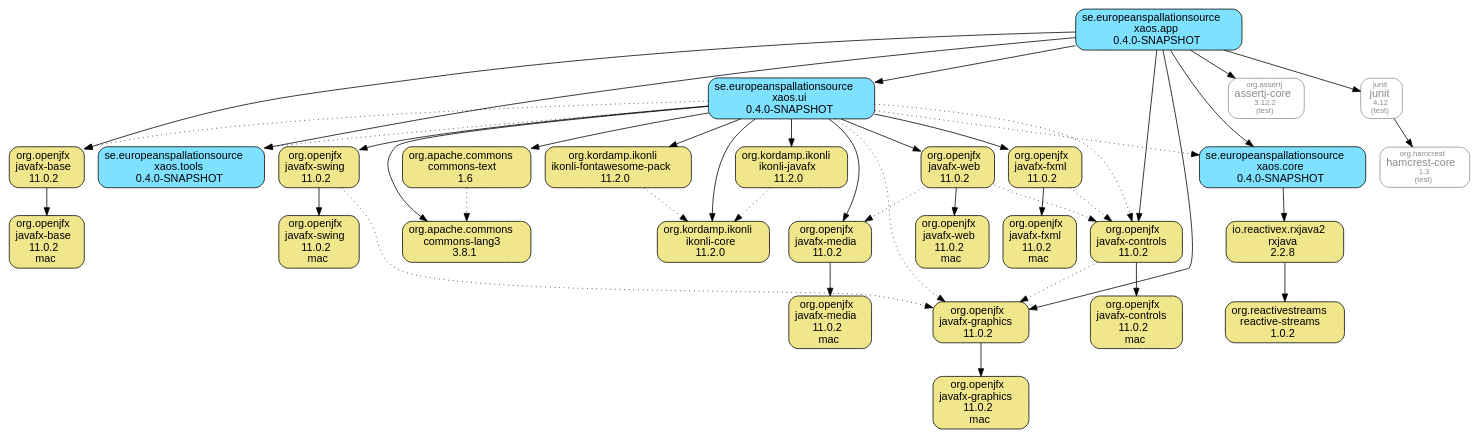
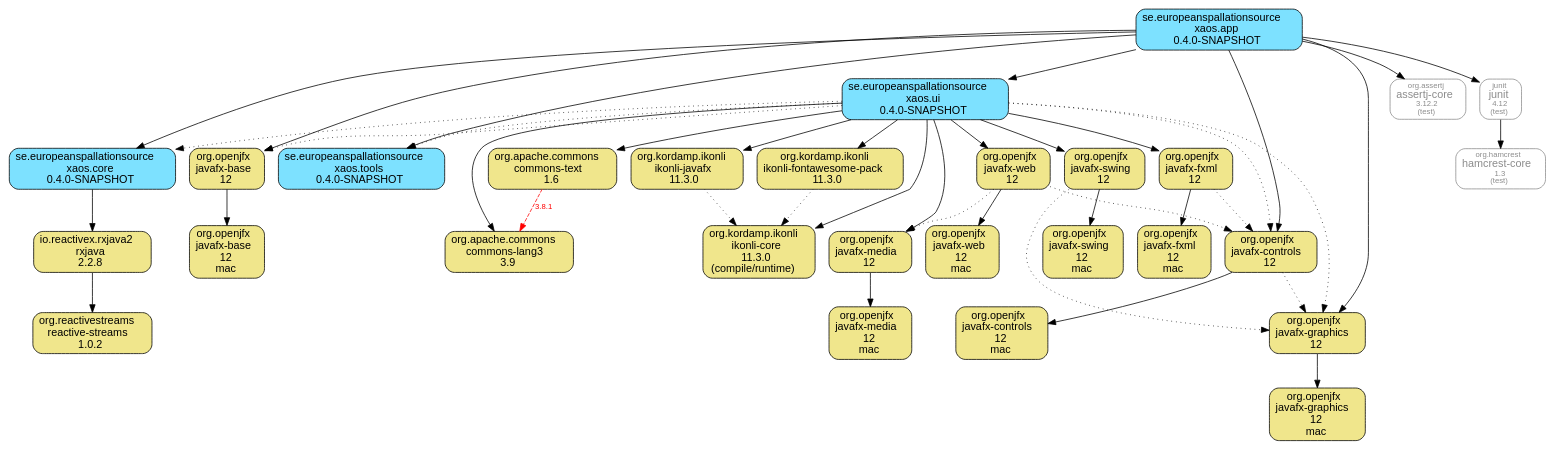
The diagram in xaos.app.module/doc/maven-dependencies.dot (ESSICS/XAOS), drawn with Graphviz before and after one commit. The commit also changed 31 other files, not shown here.

```diff
--- a/xaos.app.module/doc/maven-dependencies.dot
+++ b/xaos.app.module/doc/maven-dependencies.dot
@@ -1,76 +1,76 @@
 digraph "xaos.app" {
   node [shape="box",style="rounded",fontname="Helvetica",fontsize="14"]
   edge [fontsize="10",fontname="Helvetica"]
 
   // Node Definitions:
-  "org.openjfx:javafx-base:jar"[shape="box",style="rounded, filled",fillcolor="khaki",label=<org.openjfx<br/>javafx-base<br/>11.0.2>]
-  "org.openjfx:javafx-base:jar:mac"[shape="box",style="rounded, filled",fillcolor="khaki",label=<org.openjfx<br/>javafx-base<br/>11.0.2<br/>mac>]
+  "org.openjfx:javafx-base:jar"[shape="box",style="rounded, filled",fillcolor="khaki",label=<org.openjfx<br/>javafx-base<br/>12>]
+  "org.openjfx:javafx-base:jar:mac"[shape="box",style="rounded, filled",fillcolor="khaki",label=<org.openjfx<br/>javafx-base<br/>12<br/>mac>]
   "se.europeanspallationsource:xaos.app:jar"[shape="box",style="rounded, filled",fillcolor="#7DE1FF",label=<se.europeanspallationsource<br/>xaos.app<br/>0.4.0-SNAPSHOT>]
-  "org.openjfx:javafx-controls:jar"[shape="box",style="rounded, filled",fillcolor="khaki",label=<org.openjfx<br/>javafx-controls<br/>11.0.2>]
-  "org.openjfx:javafx-controls:jar:mac"[shape="box",style="rounded, filled",fillcolor="khaki",label=<org.openjfx<br/>javafx-controls<br/>11.0.2<br/>mac>]
-  "org.openjfx:javafx-graphics:jar"[shape="box",style="rounded, filled",fillcolor="khaki",label=<org.openjfx<br/>javafx-graphics<br/>11.0.2>]
-  "org.openjfx:javafx-graphics:jar:mac"[shape="box",style="rounded, filled",fillcolor="khaki",label=<org.openjfx<br/>javafx-graphics<br/>11.0.2<br/>mac>]
+  "org.openjfx:javafx-controls:jar"[shape="box",style="rounded, filled",fillcolor="khaki",label=<org.openjfx<br/>javafx-controls<br/>12>]
+  "org.openjfx:javafx-controls:jar:mac"[shape="box",style="rounded, filled",fillcolor="khaki",label=<org.openjfx<br/>javafx-controls<br/>12<br/>mac>]
+  "org.openjfx:javafx-graphics:jar"[shape="box",style="rounded, filled",fillcolor="khaki",label=<org.openjfx<br/>javafx-graphics<br/>12>]
+  "org.openjfx:javafx-graphics:jar:mac"[shape="box",style="rounded, filled",fillcolor="khaki",label=<org.openjfx<br/>javafx-graphics<br/>12<br/>mac>]
   "se.europeanspallationsource:xaos.tools:jar"[shape="box",style="rounded, filled",fillcolor="#7DE1FF",label=<se.europeanspallationsource<br/>xaos.tools<br/>0.4.0-SNAPSHOT>]
   "io.reactivex.rxjava2:rxjava:jar"[shape="box",style="rounded, filled",fillcolor="khaki",label=<io.reactivex.rxjava2<br/>rxjava<br/>2.2.8>]
   "org.reactivestreams:reactive-streams:jar"[shape="box",style="rounded, filled",fillcolor="khaki",label=<org.reactivestreams<br/>reactive-streams<br/>1.0.2>]
   "se.europeanspallationsource:xaos.core:jar"[shape="box",style="rounded, filled",fillcolor="#7DE1FF",label=<se.europeanspallationsource<br/>xaos.core<br/>0.4.0-SNAPSHOT>]
   "se.europeanspallationsource:xaos.ui:jar"[shape="box",style="rounded, filled",fillcolor="#7DE1FF",label=<se.europeanspallationsource<br/>xaos.ui<br/>0.4.0-SNAPSHOT>]
-  "org.openjfx:javafx-fxml:jar"[shape="box",style="rounded, filled",fillcolor="khaki",label=<org.openjfx<br/>javafx-fxml<br/>11.0.2>]
-  "org.openjfx:javafx-fxml:jar:mac"[shape="box",style="rounded, filled",fillcolor="khaki",label=<org.openjfx<br/>javafx-fxml<br/>11.0.2<br/>mac>]
-  "org.openjfx:javafx-media:jar"[shape="box",style="rounded, filled",fillcolor="khaki",label=<org.openjfx<br/>javafx-media<br/>11.0.2>]
-  "org.openjfx:javafx-media:jar:mac"[shape="box",style="rounded, filled",fillcolor="khaki",label=<org.openjfx<br/>javafx-media<br/>11.0.2<br/>mac>]
-  "org.openjfx:javafx-swing:jar"[shape="box",style="rounded, filled",fillcolor="khaki",label=<org.openjfx<br/>javafx-swing<br/>11.0.2>]
-  "org.openjfx:javafx-swing:jar:mac"[shape="box",style="rounded, filled",fillcolor="khaki",label=<org.openjfx<br/>javafx-swing<br/>11.0.2<br/>mac>]
-  "org.openjfx:javafx-web:jar"[shape="box",style="rounded, filled",fillcolor="khaki",label=<org.openjfx<br/>javafx-web<br/>11.0.2>]
-  "org.openjfx:javafx-web:jar:mac"[shape="box",style="rounded, filled",fillcolor="khaki",label=<org.openjfx<br/>javafx-web<br/>11.0.2<br/>mac>]
-  "org.apache.commons:commons-lang3:jar"[shape="box",style="rounded, filled",fillcolor="khaki",label=<org.apache.commons<br/>commons-lang3<br/>3.8.1>]
+  "org.openjfx:javafx-fxml:jar"[shape="box",style="rounded, filled",fillcolor="khaki",label=<org.openjfx<br/>javafx-fxml<br/>12>]
+  "org.openjfx:javafx-fxml:jar:mac"[shape="box",style="rounded, filled",fillcolor="khaki",label=<org.openjfx<br/>javafx-fxml<br/>12<br/>mac>]
+  "org.openjfx:javafx-media:jar"[shape="box",style="rounded, filled",fillcolor="khaki",label=<org.openjfx<br/>javafx-media<br/>12>]
+  "org.openjfx:javafx-media:jar:mac"[shape="box",style="rounded, filled",fillcolor="khaki",label=<org.openjfx<br/>javafx-media<br/>12<br/>mac>]
+  "org.openjfx:javafx-swing:jar"[shape="box",style="rounded, filled",fillcolor="khaki",label=<org.openjfx<br/>javafx-swing<br/>12>]
+  "org.openjfx:javafx-swing:jar:mac"[shape="box",style="rounded, filled",fillcolor="khaki",label=<org.openjfx<br/>javafx-swing<br/>12<br/>mac>]
+  "org.openjfx:javafx-web:jar"[shape="box",style="rounded, filled",fillcolor="khaki",label=<org.openjfx<br/>javafx-web<br/>12>]
+  "org.openjfx:javafx-web:jar:mac"[shape="box",style="rounded, filled",fillcolor="khaki",label=<org.openjfx<br/>javafx-web<br/>12<br/>mac>]
+  "org.apache.commons:commons-lang3:jar"[shape="box",style="rounded, filled",fillcolor="khaki",label=<org.apache.commons<br/>commons-lang3<br/>3.9>]
   "org.apache.commons:commons-text:jar"[shape="box",style="rounded, filled",fillcolor="khaki",label=<org.apache.commons<br/>commons-text<br/>1.6>]
-  "org.kordamp.ikonli:ikonli-core:jar"[shape="box",style="rounded, filled",fillcolor="khaki",label=<org.kordamp.ikonli<br/>ikonli-core<br/>11.2.0>]
-  "org.kordamp.ikonli:ikonli-javafx:jar"[shape="box",style="rounded, filled",fillcolor="khaki",label=<org.kordamp.ikonli<br/>ikonli-javafx<br/>11.2.0>]
-  "org.kordamp.ikonli:ikonli-fontawesome-pack:jar"[shape="box",style="rounded, filled",fillcolor="khaki",label=<org.kordamp.ikonli<br/>ikonli-fontawesome-pack<br/>11.2.0>]
+  "org.kordamp.ikonli:ikonli-core:jar"[shape="box",style="rounded, filled",fillcolor="khaki",label=<org.kordamp.ikonli<br/>ikonli-core<br/>11.3.0<br/>(compile/runtime)>]
+  "org.kordamp.ikonli:ikonli-javafx:jar"[shape="box",style="rounded, filled",fillcolor="khaki",label=<org.kordamp.ikonli<br/>ikonli-javafx<br/>11.3.0>]
+  "org.kordamp.ikonli:ikonli-fontawesome-pack:jar"[shape="box",style="rounded, filled",fillcolor="khaki",label=<org.kordamp.ikonli<br/>ikonli-fontawesome-pack<br/>11.3.0>]
   "org.assertj:assertj-core:jar"[shape="box",style="rounded",color="grey55",fontname="Helvetica",fontsize="14",fontcolor="grey55",label=<<font color="grey55" point-size="10">org.assertj</font><br/>assertj-core<font color="grey55" point-size="10"><br/>3.12.2</font><font color="grey55" point-size="10"><br/>(test)</font>>]
   "junit:junit:jar"[shape="box",style="rounded",color="grey55",fontname="Helvetica",fontsize="14",fontcolor="grey55",label=<<font color="grey55" point-size="10">junit</font><br/>junit<font color="grey55" point-size="10"><br/>4.12</font><font color="grey55" point-size="10"><br/>(test)</font>>]
   "org.hamcrest:hamcrest-core:jar"[shape="box",style="rounded",color="grey55",fontname="Helvetica",fontsize="14",fontcolor="grey55",label=<<font color="grey55" point-size="10">org.hamcrest</font><br/>hamcrest-core<font color="grey55" point-size="10"><br/>1.3</font><font color="grey55" point-size="10"><br/>(test)</font>>]
 
   // Edge Definitions:
   "org.openjfx:javafx-base:jar" -> "org.openjfx:javafx-base:jar:mac"
   "se.europeanspallationsource:xaos.app:jar" -> "org.openjfx:javafx-base:jar"
   "org.openjfx:javafx-controls:jar" -> "org.openjfx:javafx-controls:jar:mac"
   "org.openjfx:javafx-controls:jar" -> "org.openjfx:javafx-graphics:jar"[style="dotted"]
   "se.europeanspallationsource:xaos.app:jar" -> "org.openjfx:javafx-controls:jar"
   "org.openjfx:javafx-graphics:jar" -> "org.openjfx:javafx-graphics:jar:mac"
   "se.europeanspallationsource:xaos.app:jar" -> "org.openjfx:javafx-graphics:jar"
   "se.europeanspallationsource:xaos.app:jar" -> "se.europeanspallationsource:xaos.tools:jar"
   "io.reactivex.rxjava2:rxjava:jar" -> "org.reactivestreams:reactive-streams:jar"
   "se.europeanspallationsource:xaos.core:jar" -> "io.reactivex.rxjava2:rxjava:jar"
   "se.europeanspallationsource:xaos.app:jar" -> "se.europeanspallationsource:xaos.core:jar"
   "se.europeanspallationsource:xaos.ui:jar" -> "org.openjfx:javafx-base:jar"[style="dotted"]
   "se.europeanspallationsource:xaos.ui:jar" -> "org.openjfx:javafx-controls:jar"[style="dotted"]
   "org.openjfx:javafx-fxml:jar" -> "org.openjfx:javafx-fxml:jar:mac"
   "org.openjfx:javafx-fxml:jar" -> "org.openjfx:javafx-controls:jar"[style="dotted"]
   "se.europeanspallationsource:xaos.ui:jar" -> "org.openjfx:javafx-fxml:jar"
   "se.europeanspallationsource:xaos.ui:jar" -> "org.openjfx:javafx-graphics:jar"[style="dotted"]
   "org.openjfx:javafx-media:jar" -> "org.openjfx:javafx-media:jar:mac"
   "se.europeanspallationsource:xaos.ui:jar" -> "org.openjfx:javafx-media:jar"
   "org.openjfx:javafx-swing:jar" -> "org.openjfx:javafx-swing:jar:mac"
   "org.openjfx:javafx-swing:jar" -> "org.openjfx:javafx-graphics:jar"[style="dotted"]
   "se.europeanspallationsource:xaos.ui:jar" -> "org.openjfx:javafx-swing:jar"
   "org.openjfx:javafx-web:jar" -> "org.openjfx:javafx-web:jar:mac"
   "org.openjfx:javafx-web:jar" -> "org.openjfx:javafx-controls:jar"[style="dotted"]
   "org.openjfx:javafx-web:jar" -> "org.openjfx:javafx-media:jar"[style="dotted"]
   "se.europeanspallationsource:xaos.ui:jar" -> "org.openjfx:javafx-web:jar"
   "se.europeanspallationsource:xaos.ui:jar" -> "org.apache.commons:commons-lang3:jar"
-  "org.apache.commons:commons-text:jar" -> "org.apache.commons:commons-lang3:jar"[style="dotted"]
+  "org.apache.commons:commons-text:jar" -> "org.apache.commons:commons-lang3:jar"[style="dashed",color="red",fontcolor="red",label="3.8.1"]
   "se.europeanspallationsource:xaos.ui:jar" -> "org.apache.commons:commons-text:jar"
   "se.europeanspallationsource:xaos.ui:jar" -> "org.kordamp.ikonli:ikonli-core:jar"
   "org.kordamp.ikonli:ikonli-javafx:jar" -> "org.kordamp.ikonli:ikonli-core:jar"[style="dotted"]
   "se.europeanspallationsource:xaos.ui:jar" -> "org.kordamp.ikonli:ikonli-javafx:jar"
   "org.kordamp.ikonli:ikonli-fontawesome-pack:jar" -> "org.kordamp.ikonli:ikonli-core:jar"[style="dotted"]
   "se.europeanspallationsource:xaos.ui:jar" -> "org.kordamp.ikonli:ikonli-fontawesome-pack:jar"
   "se.europeanspallationsource:xaos.ui:jar" -> "se.europeanspallationsource:xaos.tools:jar"[style="dotted"]
   "se.europeanspallationsource:xaos.ui:jar" -> "se.europeanspallationsource:xaos.core:jar"[style="dotted"]
   "se.europeanspallationsource:xaos.app:jar" -> "se.europeanspallationsource:xaos.ui:jar"
   "se.europeanspallationsource:xaos.app:jar" -> "org.assertj:assertj-core:jar"
   "junit:junit:jar" -> "org.hamcrest:hamcrest-core:jar"
   "se.europeanspallationsource:xaos.app:jar" -> "junit:junit:jar"
 }
```
